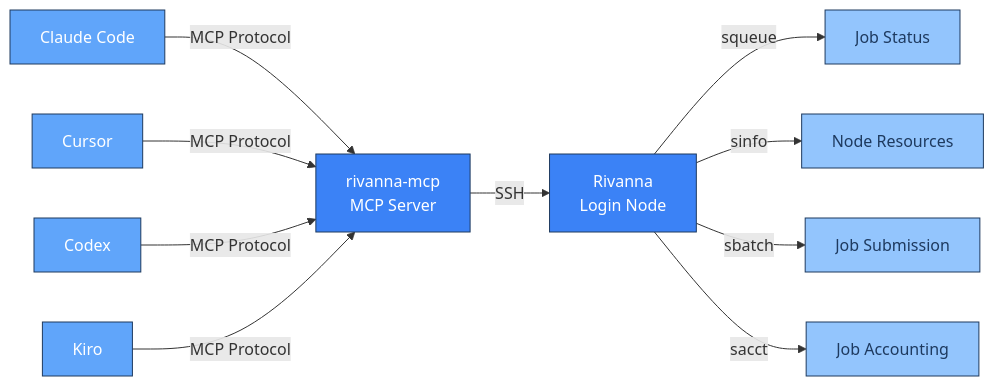
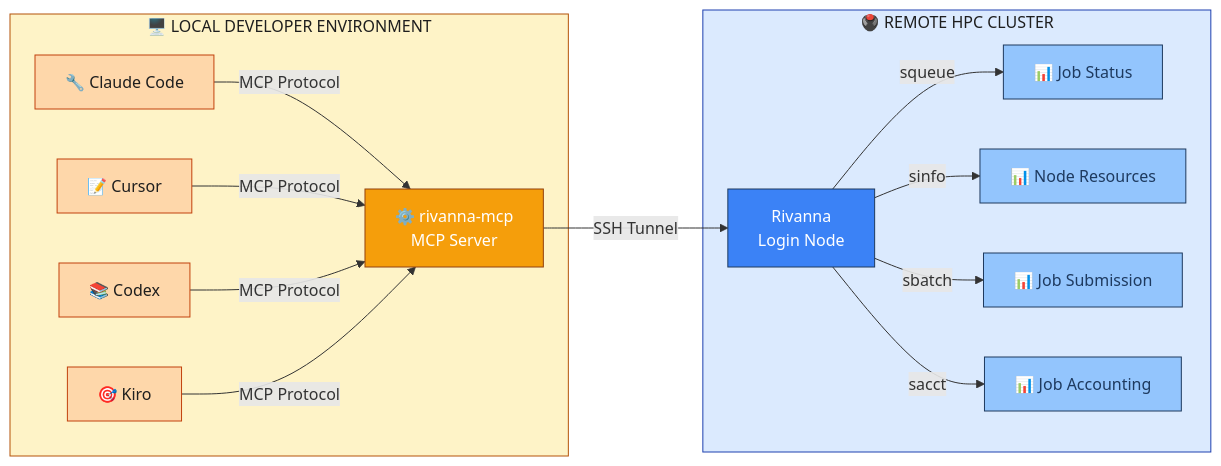
The diagram in README.md (UVADS/rivanna-mcp), drawn with Mermaid before and after one commit.

Commit message:
docs: enhance architecture diagram with local/remote distinction
- Add visual subgraph sections to clearly separate local and remote environments
- Use warm colors (amber/orange) for local IDE environment
- Use cool colors (blue) for remote HPC cluster environment
- Add emoji icons for each IDE (🔧 Claude Code, 📝 Cursor, 📚 Codex, 🎯 Kiro)
- Add emoji icons for MCP server (⚙️) and SLURM commands (📊)
- Improve visual clarity of architecture layers

````diff
--- a/README.md
+++ b/README.md
@@ -22,25 +22,35 @@
 ```mermaid
 graph LR
-    Claude["Claude Code"] -->|MCP Protocol| MCP["rivanna-mcp<br/>MCP Server"]
-    Cursor["Cursor"] -->|MCP Protocol| MCP
-    Codex["Codex"] -->|MCP Protocol| MCP
-    Kiro["Kiro"] -->|MCP Protocol| MCP
+    subgraph LOCAL["🖥️ LOCAL DEVELOPER ENVIRONMENT"]
+        Claude["🔧 Claude Code"] -->|MCP Protocol| MCP["⚙️ rivanna-mcp<br/>MCP Server"]
+        Cursor["📝 Cursor"] -->|MCP Protocol| MCP
+        Codex["📚 Codex"] -->|MCP Protocol| MCP
+        Kiro["🎯 Kiro"] -->|MCP Protocol| MCP
+    end
     
-    MCP -->|SSH| Rivanna["Rivanna<br/>Login Node"]
+    MCP -->|SSH Tunnel| Rivanna
     
-    Rivanna -->|squeue| SQueue["Job Status"]
-    Rivanna -->|sinfo| SInfo["Node Resources"]
-    Rivanna -->|sbatch| SBatch["Job Submission"]
-    Rivanna -->|sacct| SAckt["Job Accounting"]
+    subgraph REMOTE["🖲️ REMOTE HPC CLUSTER"]
+        Rivanna["Rivanna<br/>Login Node"]
+        
+        Rivanna -->|squeue| SQueue["📊 Job Status"]
+        Rivanna -->|sinfo| SInfo["📊 Node Resources"]
+        Rivanna -->|sbatch| SBatch["📊 Job Submission"]
+        Rivanna -->|sacct| SAckt["📊 Job Accounting"]
+    end
     
-    style Claude fill:#60a5fa,stroke:#1e3a5f,color:#fff
-    style Cursor fill:#60a5fa,stroke:#1e3a5f,color:#fff
-    style Codex fill:#60a5fa,stroke:#1e3a5f,color:#fff
-    style Kiro fill:#60a5fa,stroke:#1e3a5f,color:#fff
-    style MCP fill:#3b82f6,stroke:#1e3a5f,color:#fff
+    style LOCAL fill:#fef3c7,stroke:#b45309,color:#1e1e1e
+    style REMOTE fill:#dbeafe,stroke:#1e40af,color:#1e1e1e
+    
+    style Claude fill:#fed7aa,stroke:#c2410c,color:#1e1e1e
+    style Cursor fill:#fed7aa,stroke:#c2410c,color:#1e1e1e
+    style Codex fill:#fed7aa,stroke:#c2410c,color:#1e1e1e
+    style Kiro fill:#fed7aa,stroke:#c2410c,color:#1e1e1e
+    style MCP fill:#f59e0b,stroke:#92400e,color:#fff
+    
     style Rivanna fill:#3b82f6,stroke:#1e3a5f,color:#fff
     style SQueue fill:#93c5fd,stroke:#1e3a5f,color:#1e3a5f
     style SInfo fill:#93c5fd,stroke:#1e3a5f,color:#1e3a5f
     style SBatch fill:#93c5fd,stroke:#1e3a5f,color:#1e3a5f
     style SAckt fill:#93c5fd,stroke:#1e3a5f,color:#1e3a5f
 ```
````
